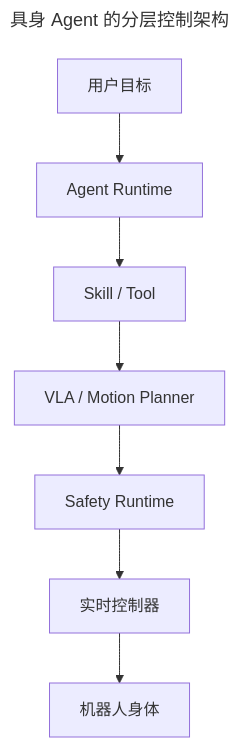
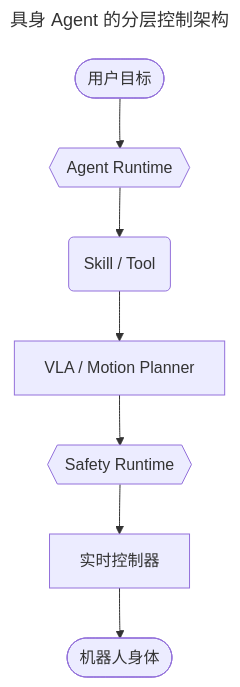
The first of 6 diagrams in src/content/posts/embodied-ai-as-agent-tools.md (YinsenWANG/YinsenWANG.github.io), drawn with Mermaid before and after one commit. The commit also changed other lines of this file and 2 other files, not shown here.

Commit message:
Polish Mermaid diagram design

````diff
--- a/src/content/posts/embodied-ai-as-agent-tools.md
+++ b/src/content/posts/embodied-ai-as-agent-tools.md
@@ -61,12 +61,19 @@
 ```mermaid
 ---
 title: 具身 Agent 的分层控制架构
 ---
 flowchart TB
-  Goal["用户目标"] --> Agent["Agent Runtime"]
-  Agent --> Skill["Skill / Tool"]
+  Goal(["用户目标"]) --> Agent{{"Agent Runtime"}}
+  Agent --> Skill("Skill / Tool")
   Skill --> VLA["VLA / Motion Planner"]
-  VLA --> Safety["Safety Runtime"]
+  VLA --> Safety{{"Safety Runtime"}}
   Safety --> Controller["实时控制器"]
-  Controller --> Body["机器人身体"]
+  Controller --> Body(["机器人身体"])
+
+  class Goal entry
+  class Agent intelligence
+  class Skill,VLA capability
+  class Safety safety
+  class Controller physical
+  class Body body
 ```
````
